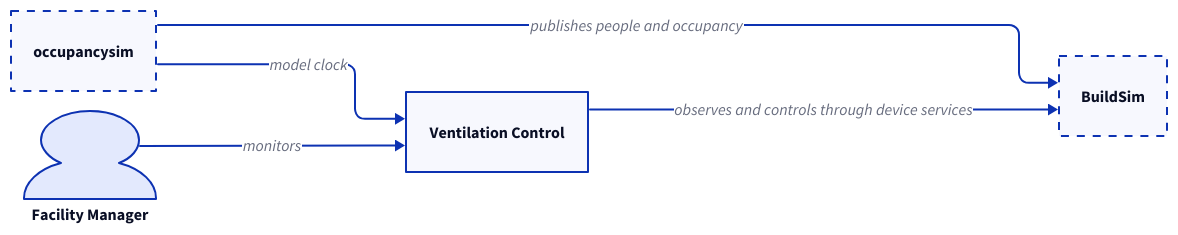
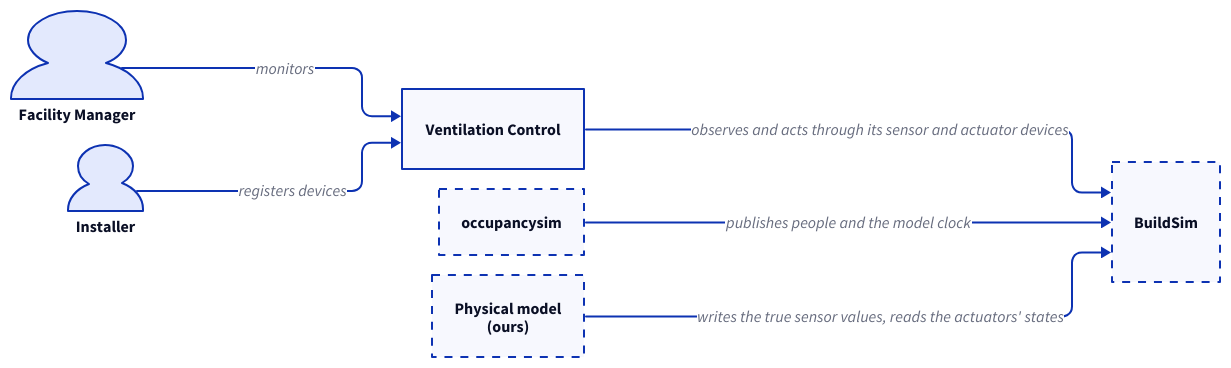
The diagram in docs/diagrams/context.d2 (MisterD0ctor/d7065e-project), drawn with D2 before and after one commit. The commit also changed 59 other files, not shown here.

```diff
--- a/docs/diagrams/context.d2
+++ b/docs/diagrams/context.d2
@@ -1,23 +1,30 @@
 vars: {
   d2-config: {
     layout-engine: elk
   }
 }
 
 direction: right
 
 manager: Facility Manager {
   shape: person
 }
+installer: Installer {
+  shape: person
+}
 control: Ventilation Control
 buildsim: BuildSim {
   style.stroke-dash: 4
 }
 occupancysim: occupancysim {
   style.stroke-dash: 4
 }
+physics: "Physical model\n(ours)" {
+  style.stroke-dash: 4
+}
 
 manager -> control: monitors
-control -> buildsim: observes and controls through device services
-occupancysim -> buildsim: publishes people and occupancy
-occupancysim -> control: model clock
+installer -> control: registers devices
+control -> buildsim: observes and acts through its sensor and actuator devices
+occupancysim -> buildsim: publishes people and the model clock
+physics -> buildsim: writes the true sensor values, reads the actuators' states
```
